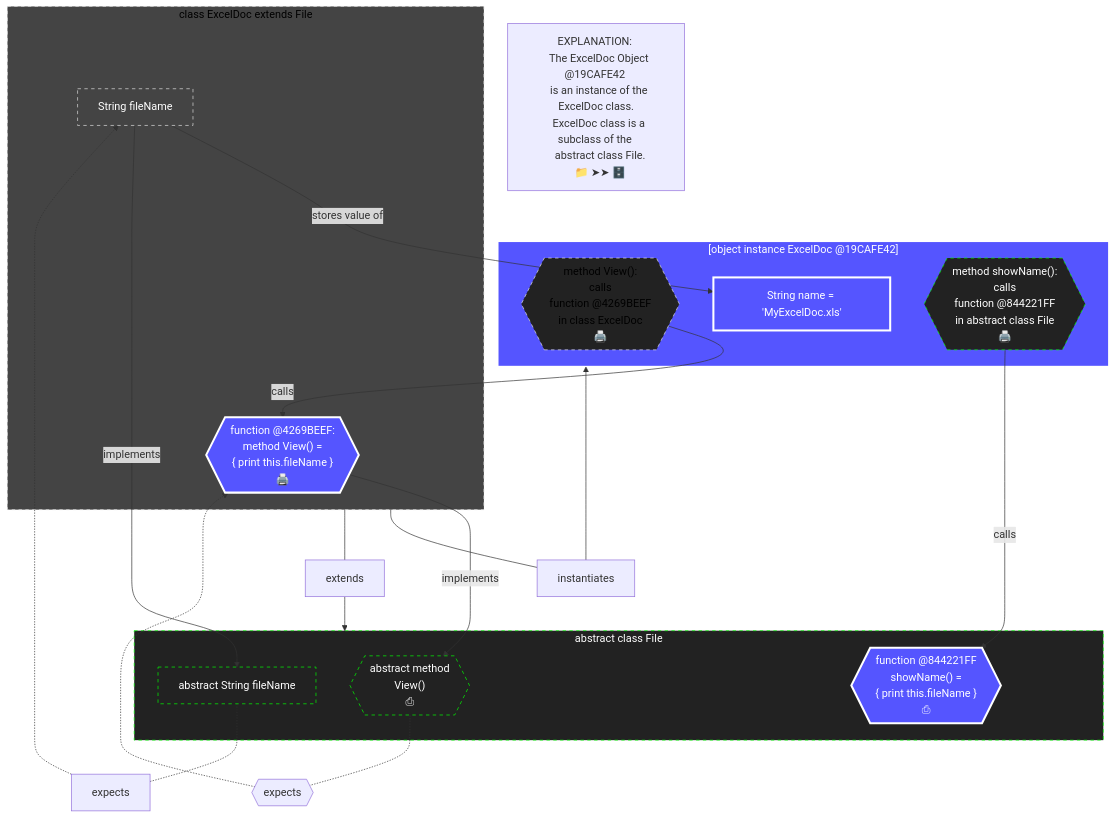
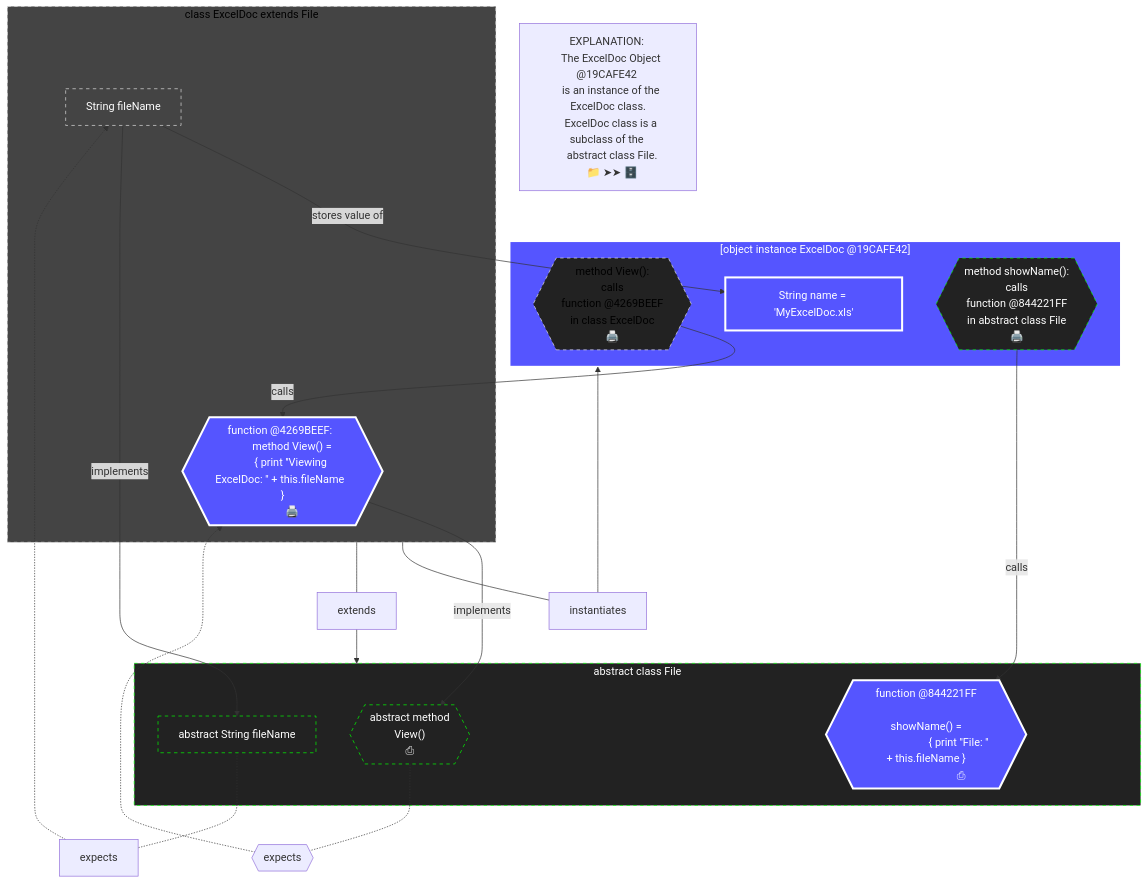
One commit to realityexpander/How_to_program_from_ground_up changed the seventh of 8 diagrams in 09-ClassOrientedProgramming.md. Above: the diagram before and after it, drawn with Mermaid.

Commit message:
fix abstract diagram

````diff
--- a/09-ClassOrientedProgramming.md
+++ b/09-ClassOrientedProgramming.md
@@ -849,80 +849,80 @@
    ```mermaid
      flowchart TB
    
      ExcelDocObjectViewMethodFunctionPointer -- calls --> ExcelDocClassViewMethod
      ExcelDocClassAgeInt -- stores value of --> ExcelDocObjectAgeInt 
      
      ExcelDocObject:::Object
      subgraph ExcelDocObject["[object instance ExcelDoc @19CAFE42]"]
          ExcelDocObjectAgeInt["String name = 'MyExcelDoc.xls'"]
          ExcelDocObjectViewMethodFunctionPointer{{"
             method View(): 
             calls 
             function @4269BEEF
             in class ExcelDoc
             🖨️
             "}}
          ExcelDocObjectShowNameMethodFunctionPointer{{"
             method showName(): 
             calls 
             function @844221FF
             in abstract class File
             🖨️
             "}}   
      end
      ExcelDocObjectShowNameMethodFunctionPointer -- calls --> abstractShowNameMethod
      ExcelDocObjectViewMethodFunctionPointer:::Abstract
      ExcelDocObjectShowNameMethodFunctionPointer:::Abstract
      
      subgraph classExcelDoc["class ExcelDoc extends File"]
          ExcelDocClassViewMethod{{"
             function @4269BEEF:  
             method View() =
-            { print this.fileName }
+            { print ''Viewing ExcelDoc: '' + this.fileName  }
             🖨️
             "}}
          ExcelDocClassAgeInt["String fileName"]
      end
      abstractAgeInt -.- expects -.-> ExcelDocClassAgeInt
      abstractViewMethod -.- expects2{{"expects"}} -.-> ExcelDocClassViewMethod:::Object
      ExcelDocClassAgeInt -- implements ---> abstractAgeInt:::Abstract
    
      note["
         EXPLANATION: 
         The ExcelDoc Object @19CAFE42 
         is an instance of the ExcelDoc class.
         ExcelDoc class is a subclass of the 
         abstract class File.
         📁 ➤➤ 🗄️"]
      
      classExcelDoc --- instantiates ---> ExcelDocObject
      classExcelDoc --- extends --> abstractFile:::Abstract
      ExcelDocClassViewMethod -- implements --> abstractViewMethod:::Abstract
      
      subgraph abstractFile["abstract class File"]
        abstractAgeInt["abstract String fileName"]
        abstractShowNameMethod{{"function @844221FF
                                 showName() =
-                               { print this.fileName }
+                               { print ''File: ''  + this.fileName }
                                ⎙
                              "}}:::Object
 
        abstractViewMethod{{"
           abstract method 
           View()
           ⎙
           "}}
           
      end
    
      classDef Abstract fill:#222, stroke:#0F0, stroke-width:1px, color:#fff, stroke-dasharray: 5 5
      
      classDef Class fill:#444, stroke:#00F, stroke-width:1px, color:#000, stroke-dasharray: 5 5
      %% For nodes that are the source of a link, the style must be defined in the link, not the classDef. 
      style classExcelDoc fill:#444, stroke:#DDD, stroke-width:1px, color:#000, stroke-dasharray: 5 5
      style ExcelDocClassAgeInt fill:#444, stroke:#DDD, stroke-width:1px, color:#FFF, stroke-dasharray: 5 5
      
      classDef Object fill:#55F, stroke:#FFF, stroke-width:3px, color:#fff
      style ExcelDocObjectAgeInt fill:#55F, stroke:#FFF, stroke-width:3px, color:#fff
      style ExcelDocObjectViewMethodFunctionPointer fill:#222, stroke:#DDD, stroke-width:1px, color:#000, stroke-dasharray: 5 5
    ```
````
